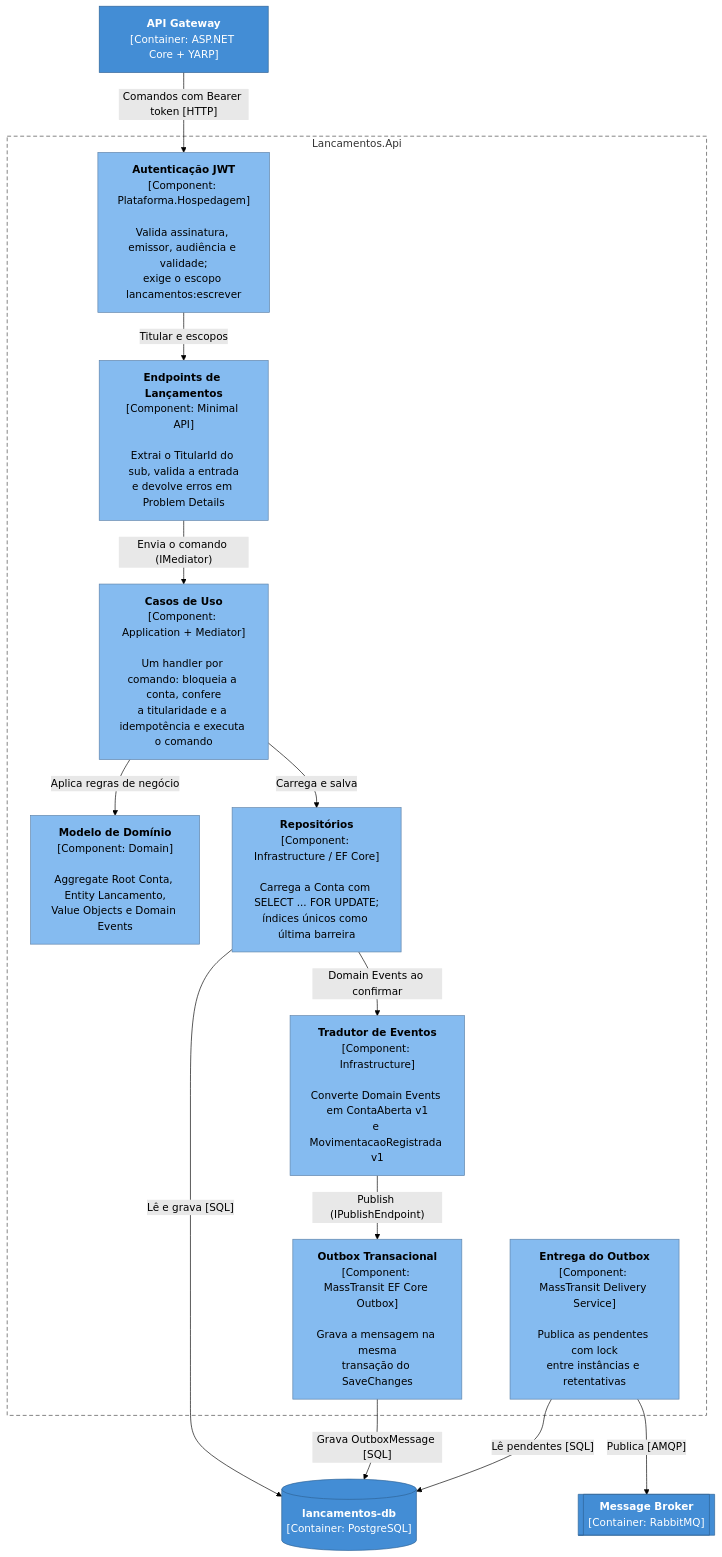
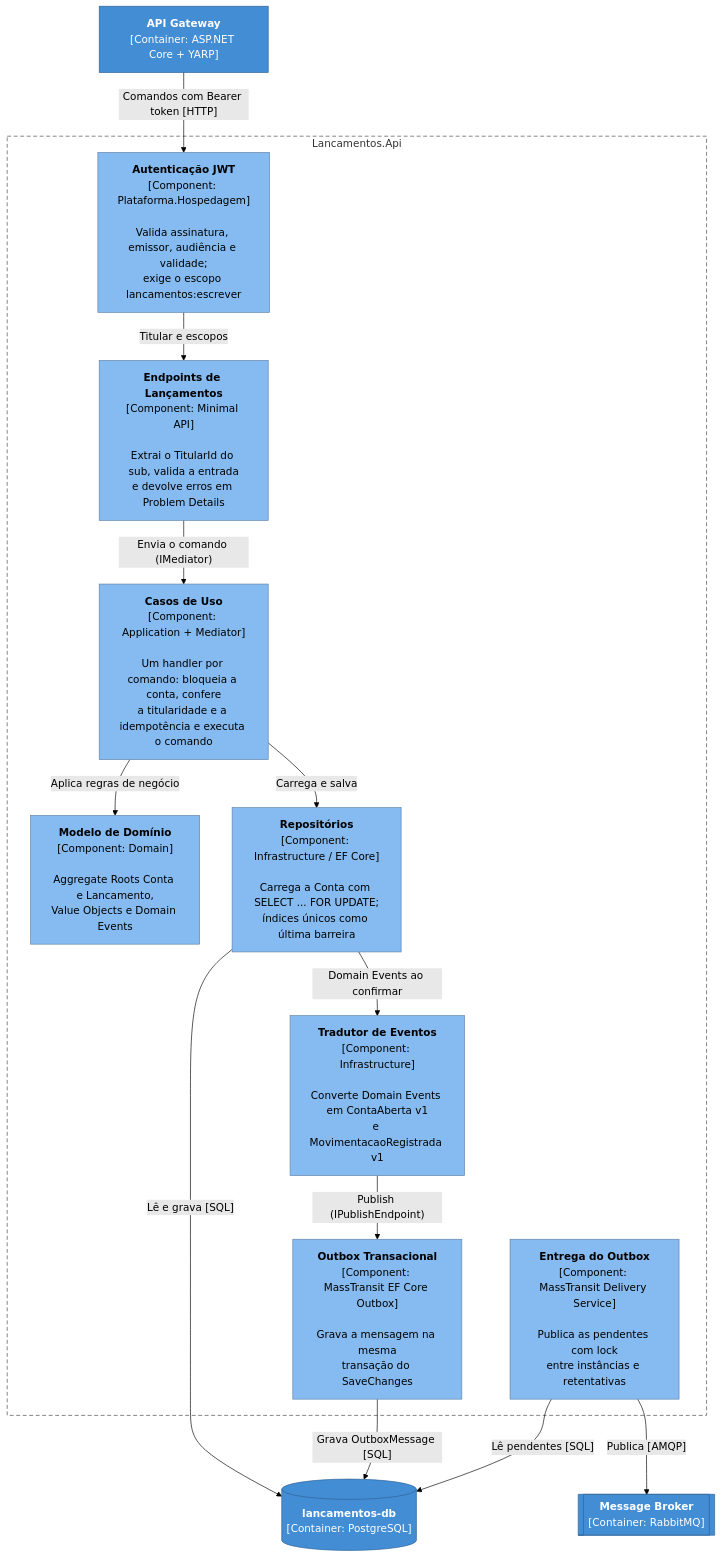
The diagram in diagramas/02-ddd-tatico/02-lancamentos-c4-component.md (ArturRibeiro/desafio-tecnico), drawn with Mermaid (forest theme) before and after one commit. The commit also changed 213 other files, not shown here.

````diff
--- a/diagramas/02-ddd-tatico/02-lancamentos-c4-component.md
+++ b/diagramas/02-ddd-tatico/02-lancamentos-c4-component.md
@@ -9,36 +9,36 @@
 ```mermaid
 flowchart TB
     gateway["<b>API Gateway</b><br/>[Container: ASP.NET Core + YARP]"]
 
     subgraph api["Lancamentos.Api"]
         autenticacao["<b>Autenticação JWT</b><br/>[Component: Plataforma.Hospedagem]<br/><br/>Valida assinatura, emissor, audiência e validade;<br/>exige o escopo lancamentos:escrever"]
         endpoints["<b>Endpoints de Lançamentos</b><br/>[Component: Minimal API]<br/><br/>Extrai o TitularId do sub, valida a entrada<br/>e devolve erros em Problem Details"]
         handlers["<b>Casos de Uso</b><br/>[Component: Application + Mediator]<br/><br/>Um handler por comando: bloqueia a conta, confere<br/>a titularidade e a idempotência e executa o comando"]
-        dominio["<b>Modelo de Domínio</b><br/>[Component: Domain]<br/><br/>Aggregate Root Conta, Entity Lancamento,<br/>Value Objects e Domain Events"]
+        dominio["<b>Modelo de Domínio</b><br/>[Component: Domain]<br/><br/>Aggregate Roots Conta e Lancamento,<br/>Value Objects e Domain Events"]
         repos["<b>Repositórios</b><br/>[Component: Infrastructure / EF Core]<br/><br/>Carrega a Conta com SELECT ... FOR UPDATE;<br/>índices únicos como última barreira"]
         tradutor["<b>Tradutor de Eventos</b><br/>[Component: Infrastructure]<br/><br/>Converte Domain Events em ContaAberta v1<br/>e MovimentacaoRegistrada v1"]
         busOutbox["<b>Outbox Transacional</b><br/>[Component: MassTransit EF Core Outbox]<br/><br/>Grava a mensagem na mesma<br/>transação do SaveChanges"]
         delivery["<b>Entrega do Outbox</b><br/>[Component: MassTransit Delivery Service]<br/><br/>Publica as pendentes com lock<br/>entre instâncias e retentativas"]
     end
 
     lancDb[("<b>lancamentos-db</b><br/>[Container: PostgreSQL]")]
     broker[["<b>Message Broker</b><br/>[Container: RabbitMQ]"]]
 
     gateway -- "Comandos com Bearer token [HTTP]" --> autenticacao
     autenticacao -- "Titular e escopos" --> endpoints
     endpoints -- "Envia o comando (IMediator)" --> handlers
     handlers -- "Aplica regras de negócio" --> dominio
     handlers -- "Carrega e salva" --> repos
     repos -- "Domain Events ao confirmar" --> tradutor
     tradutor -- "Publish (IPublishEndpoint)" --> busOutbox
     repos -- "Lê e grava [SQL]" --> lancDb
     busOutbox -- "Grava OutboxMessage [SQL]" --> lancDb
     delivery -- "Lê pendentes [SQL]" --> lancDb
     delivery -- "Publica [AMQP]" --> broker
 
     classDef container fill:#438dd5,stroke:#2e6295,color:#fff
     classDef component fill:#85bbf0,stroke:#5d82a8,color:#000
     class gateway,lancDb,broker container
     class autenticacao,endpoints,handlers,dominio,repos,tradutor,busOutbox,delivery component
     style api fill:none,stroke:#444,stroke-dasharray:6 4
 ```
````
